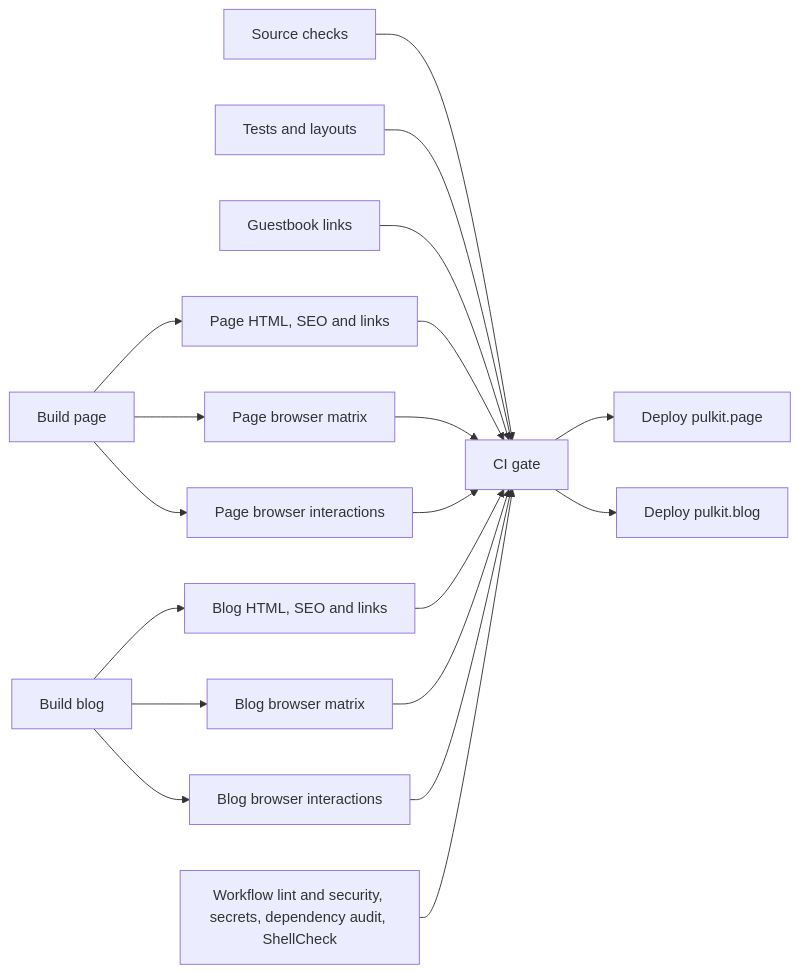
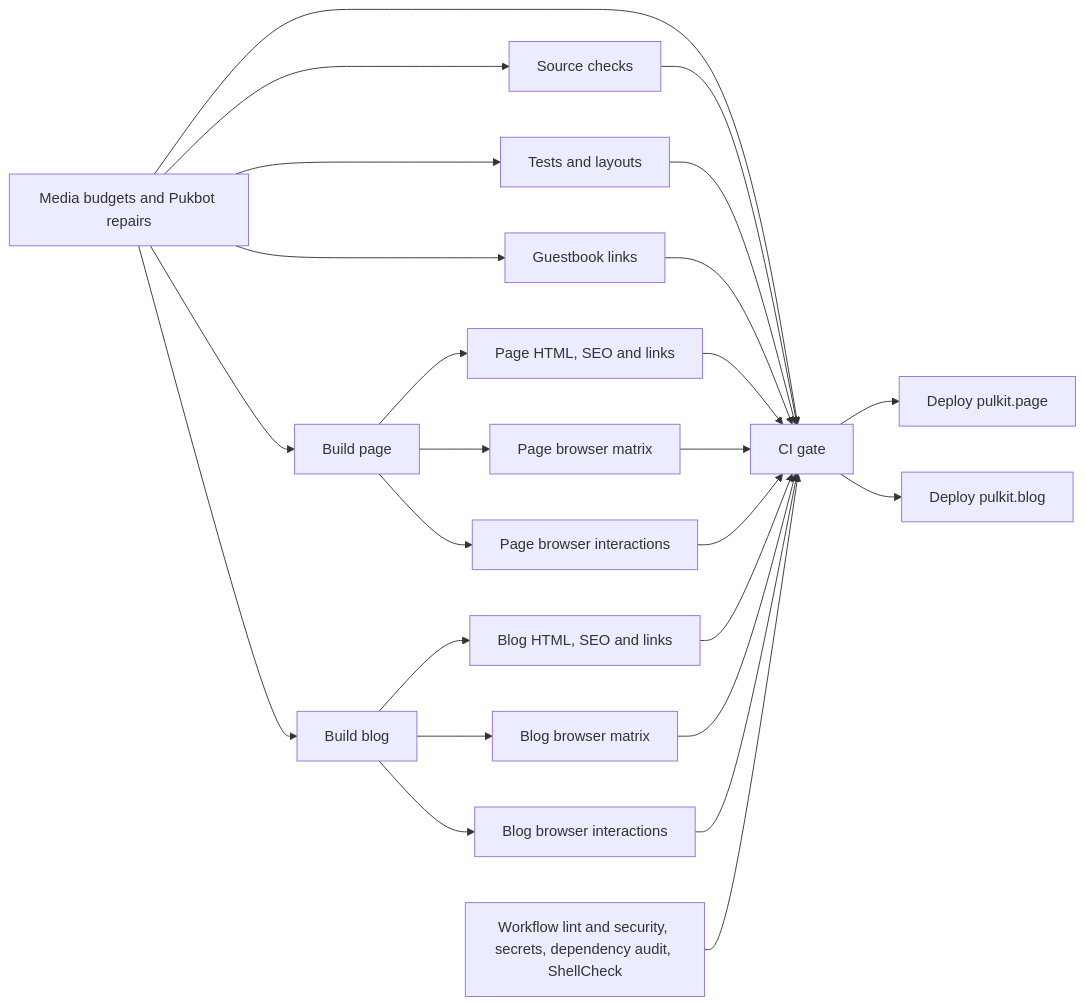
Before and after one commit to pulkitxm/pulkit.page: the diagram in docs/continuous-integration.md, drawn with Mermaid. The commit also changed other lines of this file and 56 other files, not shown here.

Commit message:
Enforce media budgets with automatic Pukbot repairs (#131)

````diff
--- a/docs/continuous-integration.md
+++ b/docs/continuous-integration.md
@@ -47,21 +56,27 @@
 ```mermaid
 flowchart LR
+  media[Media budgets and Pukbot repairs] --> source
+  media --> tests
+  media --> guestbook
+  media --> pagebuild
+  media --> blogbuild
+  media --> gate
   source[Source checks] --> gate[CI gate]
   tests[Tests and layouts] --> gate
   guestbook[Guestbook links] --> gate
   pagebuild[Build page] --> pagestatic[Page HTML, SEO and links]
   pagebuild --> pagebrowser[Page browser matrix]
   pagebuild --> pageflows[Page browser interactions]
   blogbuild[Build blog] --> blogstatic[Blog HTML, SEO and links]
   blogbuild --> blogbrowser[Blog browser matrix]
   blogbuild --> blogflows[Blog browser interactions]
   pagestatic --> gate
   pagebrowser --> gate
   pageflows --> gate
   blogstatic --> gate
   blogbrowser --> gate
   blogflows --> gate
   scanners[Workflow lint and security, secrets, dependency audit, ShellCheck] --> gate
   gate --> deploypage[Deploy pulkit.page]
   gate --> deployblog[Deploy pulkit.blog]
 ```
````
